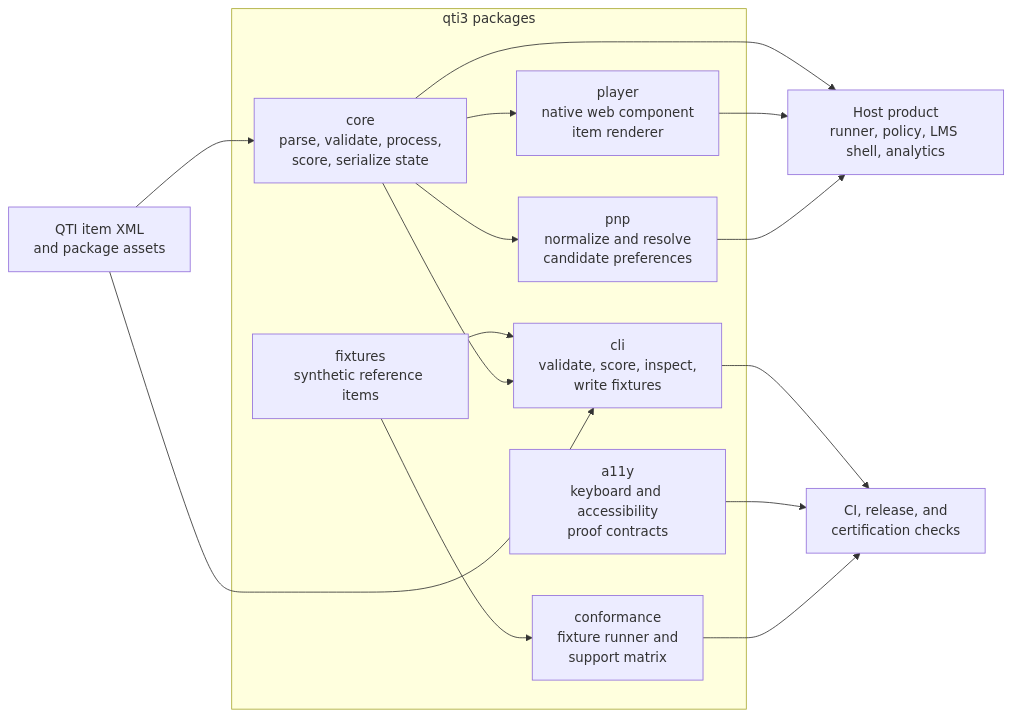
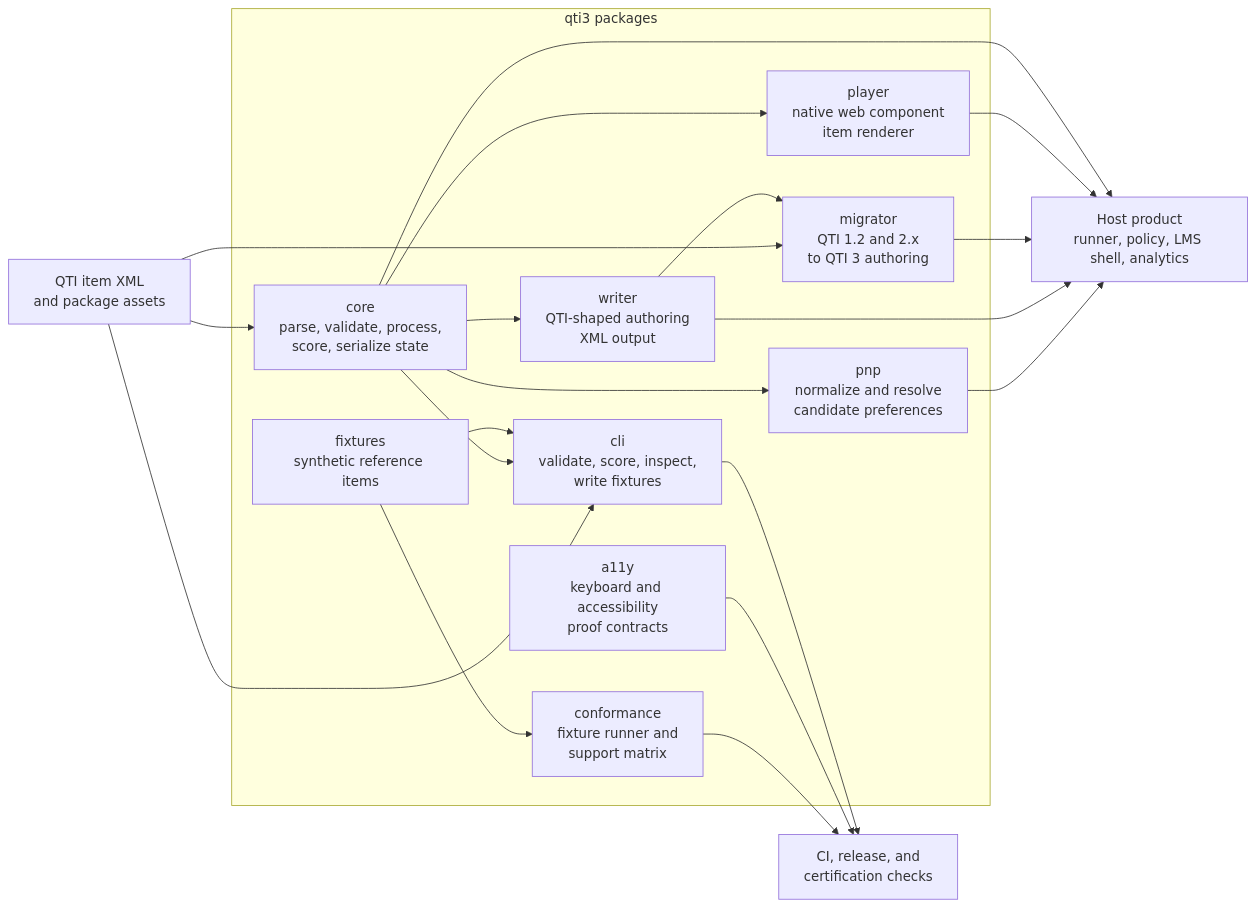
The diagram in README.md (LongsightGroup/qti3), drawn with Mermaid before and after one commit. The commit also changed other lines of this file and 13 other files, not shown here.

````diff
--- a/README.md
+++ b/README.md
@@ -20,30 +20,37 @@
 ```mermaid
 flowchart LR
   content["QTI item XML<br/>and package assets"]
   host["Host product<br/>runner, policy, LMS shell, analytics"]
   review["CI, release, and<br/>certification checks"]
 
   subgraph qti3["qti3 packages"]
     core["core<br/>parse, validate, process,<br/>score, serialize state"]
     player["player<br/>native web component<br/>item renderer"]
     fixtures["fixtures<br/>synthetic reference items"]
     conformance["conformance<br/>fixture runner and<br/>support matrix"]
     a11y["a11y<br/>keyboard and accessibility<br/>proof contracts"]
     cli["cli<br/>validate, score, inspect,<br/>write fixtures"]
     pnp["pnp<br/>normalize and resolve<br/>candidate preferences"]
+    writer["writer<br/>QTI-shaped authoring<br/>XML output"]
+    migrator["migrator<br/>QTI 1.2 and 2.x<br/>to QTI 3 authoring"]
   end
 
   content --> core
   content --> cli
+  content --> migrator
   core --> player
   core --> cli
   core --> pnp
+  core --> writer
+  writer --> migrator
   fixtures --> conformance
   fixtures --> cli
   conformance --> review
   a11y --> review
   cli --> review
   pnp --> host
+  writer --> host
+  migrator --> host
   player --> host
   core --> host
 ```
````
